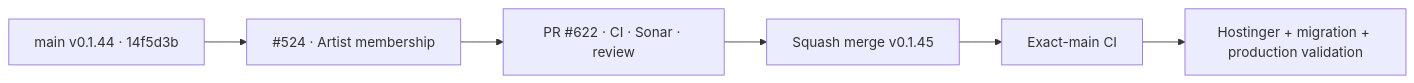
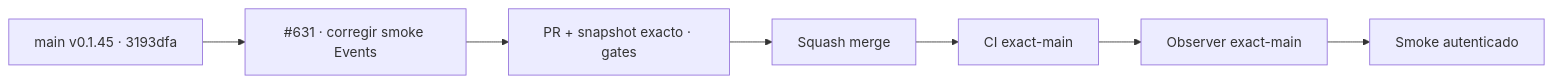
Before and after one commit to pl0n3r/brvtal: the diagram in README.md, drawn with Mermaid. The commit also changed other lines of this file and 1 other file, not shown here.

Commit message:
test(production): Events smoke native editor and failure evidence #631

````diff
--- a/README.md
+++ b/README.md
@@ -53,8 +48,9 @@
 ```mermaid
 flowchart LR
- B["main v0.1.44 · 14f5d3b"] --> S["#524 · Artist membership"]
- S --> P["PR #622 · CI · Sonar · review"]
- P --> M["Squash merge v0.1.45"]
- M --> X["Exact-main CI"]
- X --> D["Hostinger + migration + production validation"]
+ B["main v0.1.45 · 3193dfa"] --> I["#631 · corregir smoke Events"]
+ I --> P["PR + snapshot exacto · gates"]
+ P --> M["Squash merge"]
+ M --> C["CI exact-main"]
+ C --> O["Observer exact-main"]
+ O --> S["Smoke autenticado"]
 ```
````
